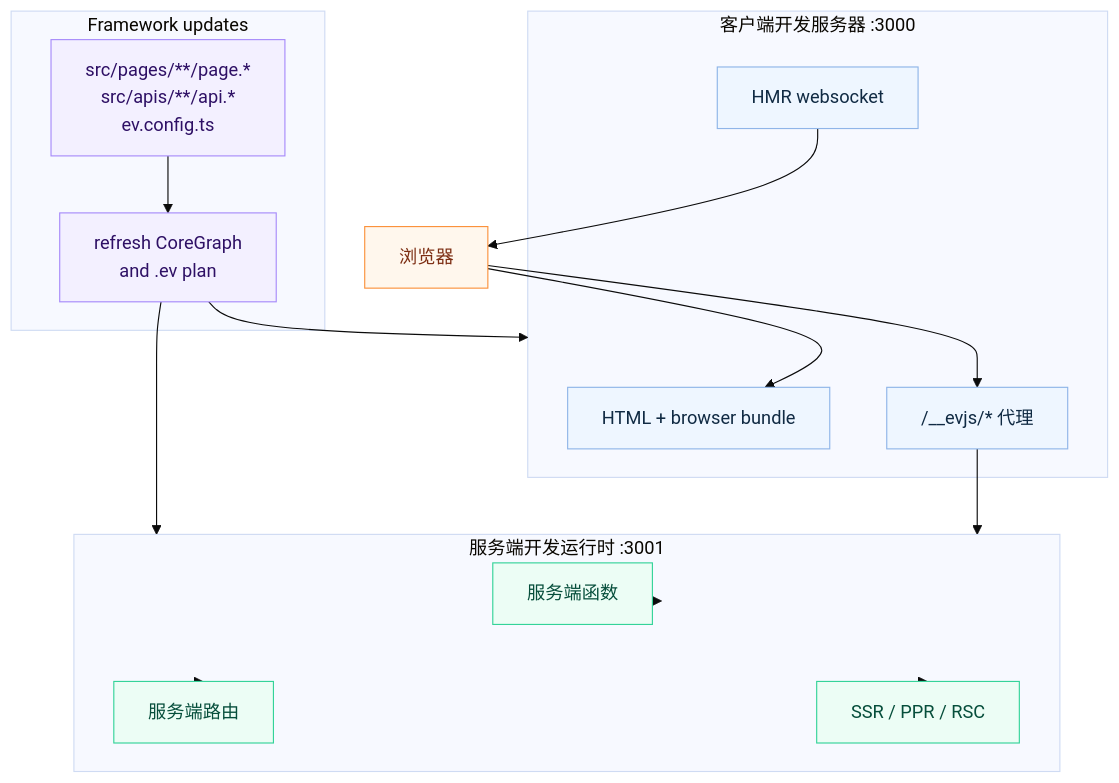
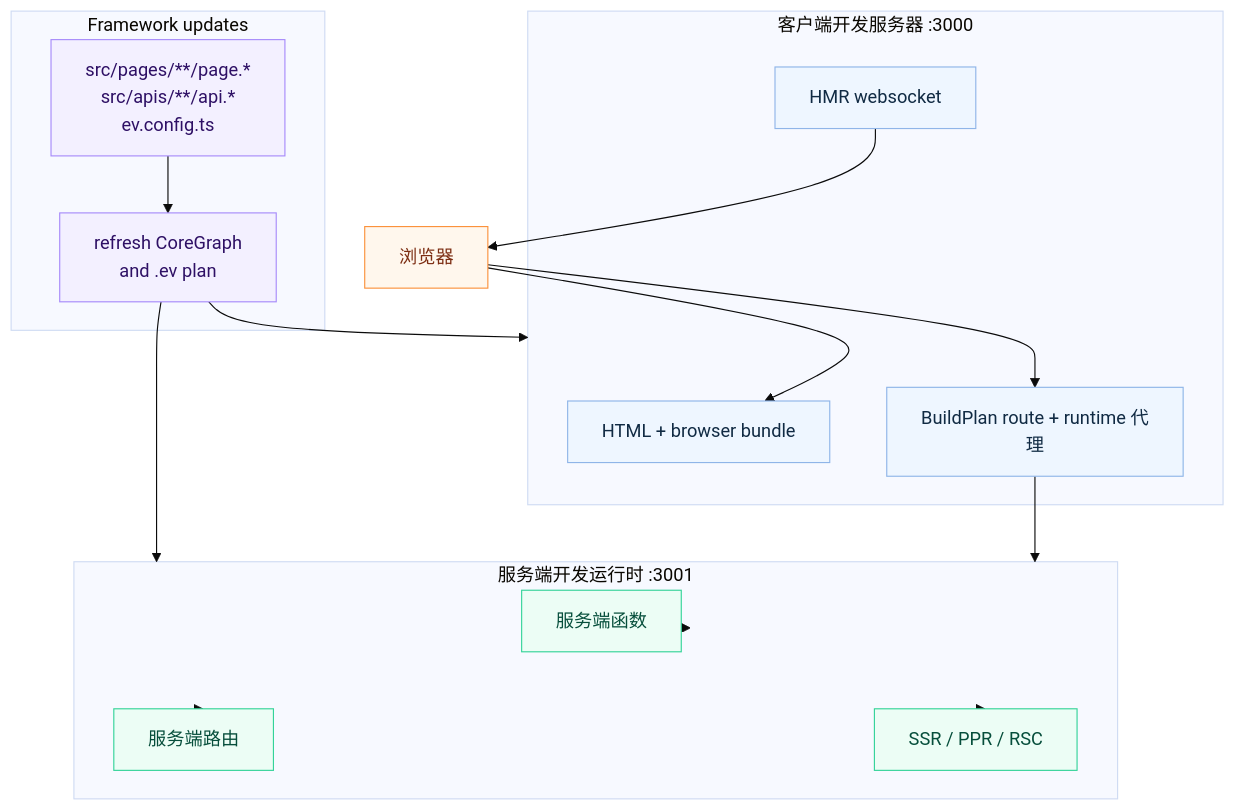
One commit to afx-team/evjs changed the diagram in docs/i18n/zh-Hans/docusaurus-plugin-content-docs/current/dev.md. Above: the diagram before and after it, drawn with Mermaid (base theme). The commit also changed other lines of this file and 163 other files, not shown here.

````diff
--- a/docs/i18n/zh-Hans/docusaurus-plugin-content-docs/current/dev.md
+++ b/docs/i18n/zh-Hans/docusaurus-plugin-content-docs/current/dev.md
@@ -43,40 +48,40 @@
 ```mermaid
 flowchart TB
   Browser["浏览器"]
 
   subgraph ClientSide["客户端开发服务器 :3000"]
     HTML["HTML + browser bundle"]
     HMR["HMR websocket"]
-    Proxy["/__evjs/* 代理"]
+    Proxy["BuildPlan route + runtime 代理"]
   end
 
   subgraph ServerSide["服务端开发运行时 :3001"]
     Functions["服务端函数"]
     Routes["服务端路由"]
     Rendering["SSR / PPR / RSC"]
   end
 
   subgraph Updates["Framework updates"]
     Files["src/pages/**/page.*\nsrc/apis/**/api.*\nev.config.ts"]
     Plan["refresh CoreGraph\nand .ev plan"]
   end
 
   Browser --> HTML
   HMR --> Browser
   Browser --> Proxy --> ServerSide
   ServerSide --> Functions
   ServerSide --> Routes
   ServerSide --> Rendering
   Files --> Plan
   Plan --> ClientSide
   Plan --> ServerSide
 
   classDef browser fill:#fff7ed,stroke:#fb923c,color:#7c2d12;
   classDef client fill:#eef6ff,stroke:#8fb5e8,color:#102a43;
   classDef server fill:#ecfdf5,stroke:#34d399,color:#064e3b;
   classDef update fill:#f3f0ff,stroke:#a78bfa,color:#2e1065;
   class Browser browser;
   class HTML,HMR,Proxy client;
   class Functions,Routes,Rendering server;
   class Files,Plan update;
 ```
````
